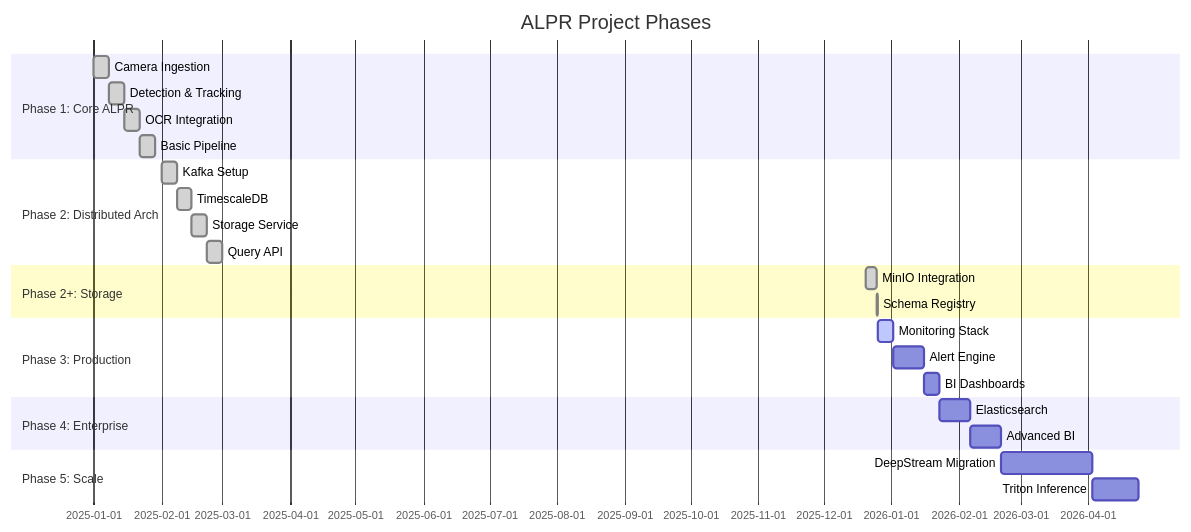
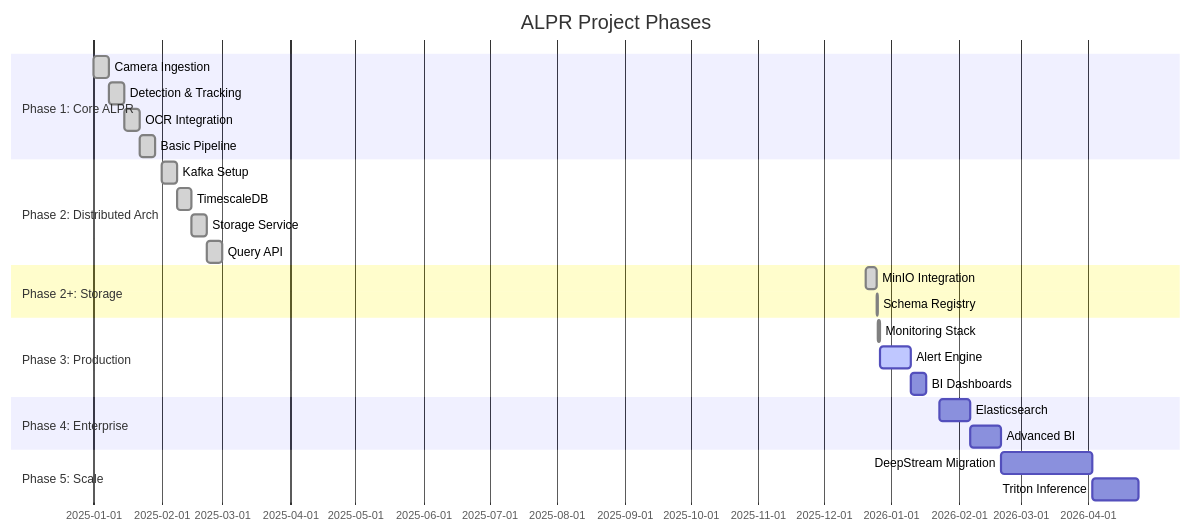
Before and after one commit to Azhundev/oversight-alpr-app: the sixth of 9 diagrams in docs/ALPR_Pipeline/Project_Architecture_Chart.md, drawn with Mermaid. The commit also changed other lines of this file and 48 other files, not shown here.

First line of the commit message:
docs: Update ALPR Pipeline documentation with monitoring stack and edge/core architecture

````diff
--- a/docs/ALPR_Pipeline/Project_Architecture_Chart.md
+++ b/docs/ALPR_Pipeline/Project_Architecture_Chart.md
@@ -239,34 +273,34 @@
 ```mermaid
 gantt
     title ALPR Project Phases
     dateFormat YYYY-MM-DD
 
     section Phase 1: Core ALPR
     Camera Ingestion           :done, p1a, 2025-01-01, 7d
     Detection & Tracking       :done, p1b, 2025-01-08, 7d
     OCR Integration            :done, p1c, 2025-01-15, 7d
     Basic Pipeline             :done, p1d, 2025-01-22, 7d
 
     section Phase 2: Distributed Arch
     Kafka Setup                :done, p2a, 2025-02-01, 7d
     TimescaleDB                :done, p2b, 2025-02-08, 7d
     Storage Service            :done, p2c, 2025-02-15, 7d
     Query API                  :done, p2d, 2025-02-22, 7d
 
     section Phase 2+: Storage
     MinIO Integration          :done, p2e, 2025-12-20, 5d
     Schema Registry            :done, p2f, 2025-12-25, 1d
 
     section Phase 3: Production
-    Monitoring Stack           :active, p3a, 2025-12-26, 7d
-    Alert Engine               :p3b, 2026-01-02, 14d
-    BI Dashboards              :p3c, 2026-01-16, 7d
+    Monitoring Stack           :done, p3a, 2025-12-26, 1d
+    Alert Engine               :active, p3b, 2025-12-27, 14d
+    BI Dashboards              :p3c, 2026-01-10, 7d
 
     section Phase 4: Enterprise
     Elasticsearch              :p4a, 2026-01-23, 14d
     Advanced BI                :p4b, 2026-02-06, 14d
 
     section Phase 5: Scale
     DeepStream Migration       :p5a, 2026-02-20, 42d
     Triton Inference           :p5b, 2026-04-03, 21d
 ```
````
